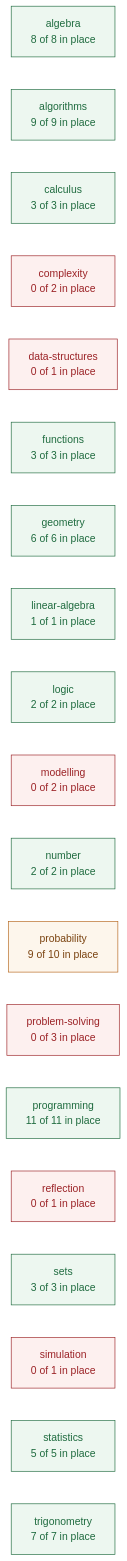
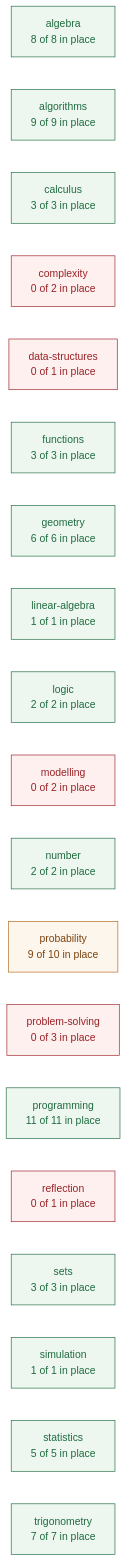
The first of 3 diagrams in planning/CURRICULUM_MAP.md (deweydex/dewlab), drawn with Mermaid (base theme) before and after one commit. The commit also changed other lines of this file and 8 other files, not shown here.

````diff
--- a/planning/CURRICULUM_MAP.md
+++ b/planning/CURRICULUM_MAP.md
@@ -51,29 +51,29 @@
 ```mermaid
 graph LR
   algebra["algebra<br/>8 of 8 in place"]
   algorithms["algorithms<br/>9 of 9 in place"]
   calculus["calculus<br/>3 of 3 in place"]
   complexity["complexity<br/>0 of 2 in place"]
   data_structures["data-structures<br/>0 of 1 in place"]
   functions["functions<br/>3 of 3 in place"]
   geometry["geometry<br/>6 of 6 in place"]
   linear_algebra["linear-algebra<br/>1 of 1 in place"]
   logic["logic<br/>2 of 2 in place"]
   modelling["modelling<br/>0 of 2 in place"]
   number["number<br/>2 of 2 in place"]
   probability["probability<br/>9 of 10 in place"]
   problem_solving["problem-solving<br/>0 of 3 in place"]
   programming["programming<br/>11 of 11 in place"]
   reflection["reflection<br/>0 of 1 in place"]
   sets["sets<br/>3 of 3 in place"]
-  simulation["simulation<br/>0 of 1 in place"]
+  simulation["simulation<br/>1 of 1 in place"]
   statistics["statistics<br/>5 of 5 in place"]
   trigonometry["trigonometry<br/>7 of 7 in place"]
 
   classDef full fill:#edf7f0,stroke:#1f6b3f,color:#1f6b3f;
   classDef part fill:#fdf6ec,stroke:#b5651d,color:#7a4310;
   classDef none fill:#fdf0ef,stroke:#9b2226,color:#9b2226;
-  class algebra,algorithms,calculus,functions,geometry,linear_algebra,logic,number,programming,sets,statistics,trigonometry full;
+  class algebra,algorithms,calculus,functions,geometry,linear_algebra,logic,number,programming,sets,simulation,statistics,trigonometry full;
   class probability part;
-  class complexity,data_structures,modelling,problem_solving,reflection,simulation none;
+  class complexity,data_structures,modelling,problem_solving,reflection none;
 ```
````
